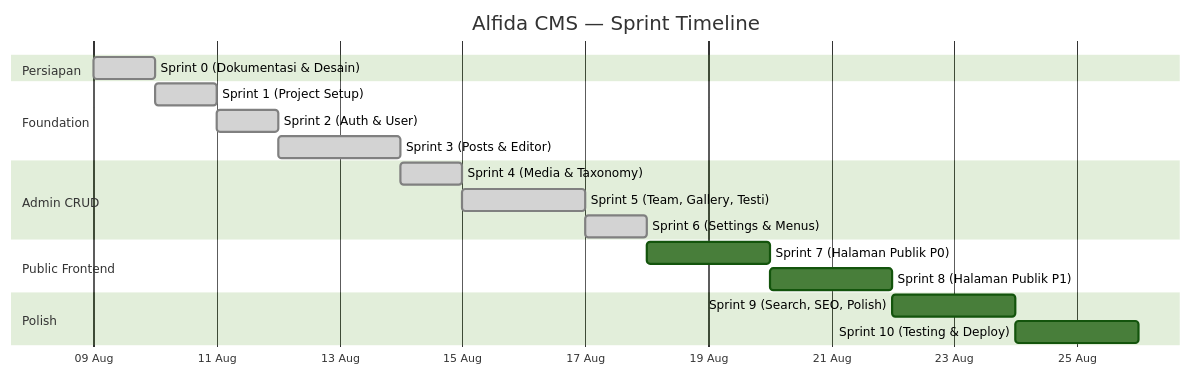
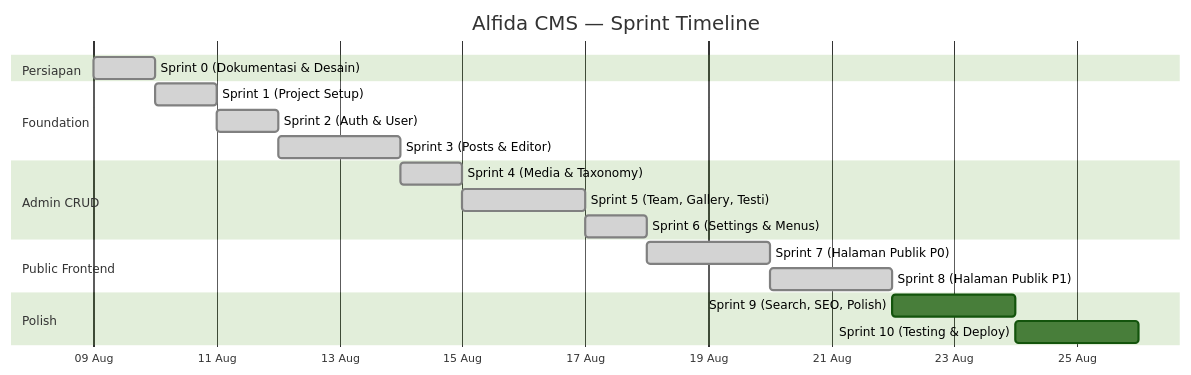
Before and after one commit to alchemista27/nextcms: the diagram in docs/sprint-plan.md, drawn with Mermaid (forest theme). The commit also changed other lines of this file and 14 other files, not shown here.

````diff
--- a/docs/sprint-plan.md
+++ b/docs/sprint-plan.md
@@ -17,27 +17,27 @@
 ```mermaid
 gantt
     title Alfida CMS — Sprint Timeline
     dateFormat YYYY-MM-DD
     axisFormat %d %b
 
     section Persiapan
     Sprint 0 (Dokumentasi & Desain)  :done, s0, 2026-08-09, 1d
 
     section Foundation
     Sprint 1 (Project Setup)         :done, s1, after s0, 1d
     Sprint 2 (Auth & User)           :done, s2, after s1, 1d
     Sprint 3 (Posts & Editor)        :done, s3, after s2, 2d
 
     section Admin CRUD
     Sprint 4 (Media & Taxonomy)      :done, s4, after s3, 1d
     Sprint 5 (Team, Gallery, Testi)  :done, s5, after s4, 2d
     Sprint 6 (Settings & Menus)      :done, s6, after s5, 1d
 
     section Public Frontend
-    Sprint 7 (Halaman Publik P0)     :s7, after s6, 2d
-    Sprint 8 (Halaman Publik P1)     :s8, after s7, 2d
+    Sprint 7 (Halaman Publik P0)     :done, s7, after s6, 2d
+    Sprint 8 (Halaman Publik P1)     :done, s8, after s7, 2d
 
     section Polish
     Sprint 9 (Search, SEO, Polish)   :s9, after s8, 2d
     Sprint 10 (Testing & Deploy)     :s10, after s9, 2d
 ```
````
